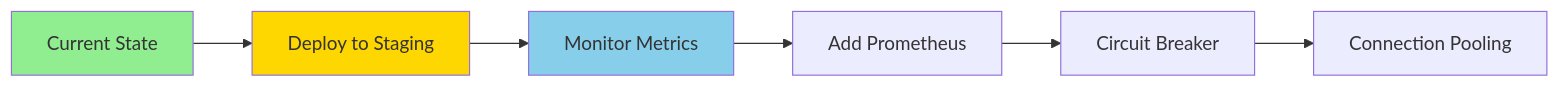
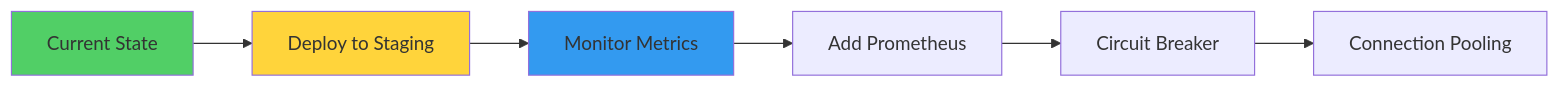
Diagram 20 of 21 in latency_fix_plan/latency.md (manumishra-zm/execution_plan), drawn with Mermaid before and after one commit. The commit also changed other lines of this file, not shown here.

````diff
--- a/latency_fix_plan/latency.md
+++ b/latency_fix_plan/latency.md
@@ -1506,12 +1506,12 @@
 ```mermaid
 graph LR
     Current[Current State] --> Deploy[Deploy to Staging]
     Deploy --> Monitor[Monitor Metrics]
     Monitor --> Prometheus[Add Prometheus]
     Prometheus --> Circuit[Circuit Breaker]
     Circuit --> Pooling[Connection Pooling]
 
-    style Current fill:#90EE90
-    style Deploy fill:#FFD700
-    style Monitor fill:#87CEEB
+    style Current fill:#51cf66
+    style Deploy fill:#ffd43b
+    style Monitor fill:#339af0
 ```
````
